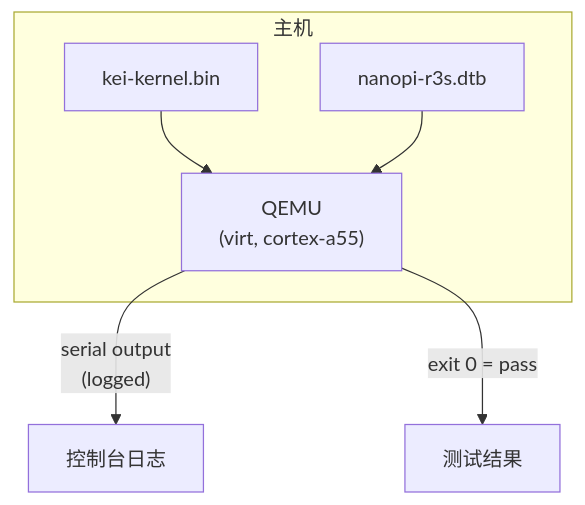
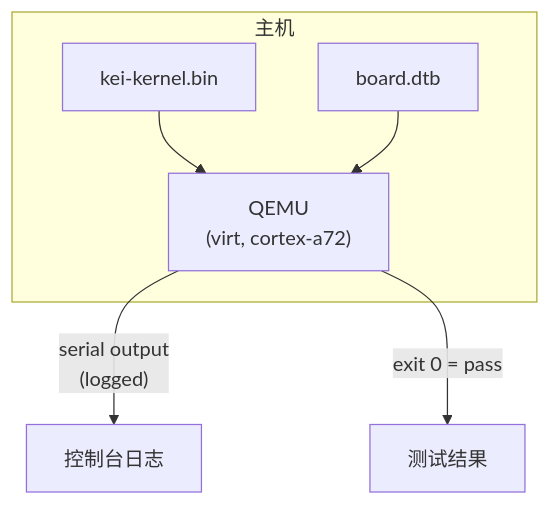
One commit to celestia-island/kei changed the second of 4 diagrams in docs/zh-Hans/guides/deployment.md. Above: the diagram before and after it, drawn with Mermaid. The commit also changed other lines of this file and 8 other files, not shown here.

````diff
--- a/docs/zh-Hans/guides/deployment.md
+++ b/docs/zh-Hans/guides/deployment.md
@@ -63,12 +67,12 @@
 ```mermaid
 flowchart TB
     subgraph Host["主机"]
         KERN["kei-kernel.bin"]
-        DTB["nanopi-r3s.dtb"]
-        QEMU["QEMU\n(virt, cortex-a55)"]
+        DTB["board.dtb"]
+        QEMU["QEMU\n(virt, cortex-a72)"]
     end
     KERN --> QEMU
     DTB --> QEMU
     QEMU -->|"serial output\n(logged)"| LOG["控制台日志"]
     QEMU -->|"exit 0 = pass"| RESULT["测试结果"]
 ```
````
